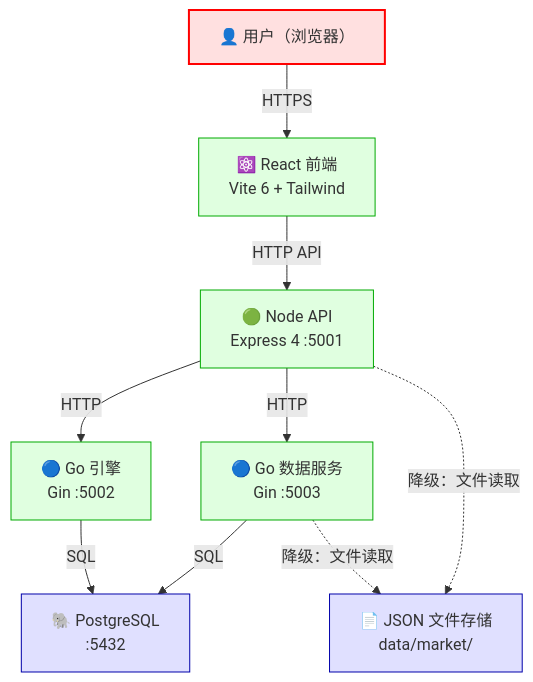
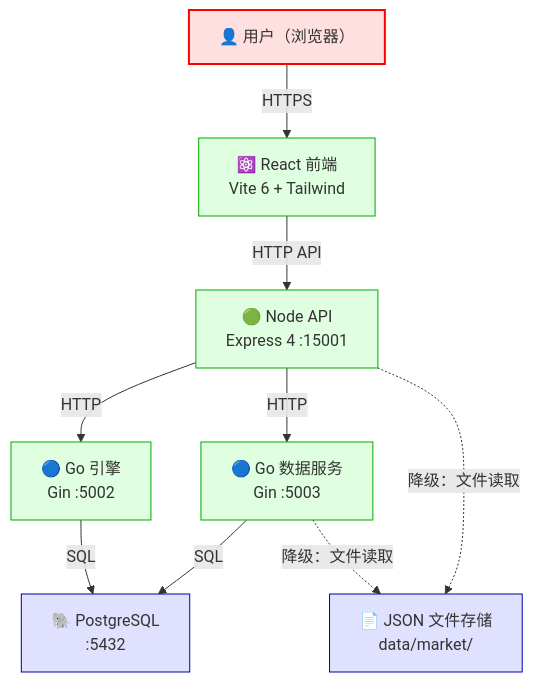
One commit to FCFColin/backtest-platform changed the diagram in docs/threat-model.md. Above: the diagram before and after it, drawn with Mermaid. The commit also changed other lines of this file and 24 other files, not shown here.

````diff
--- a/docs/threat-model.md
+++ b/docs/threat-model.md
@@ -42,28 +42,28 @@
 ```mermaid
 graph TB
     User["👤 用户（浏览器）"]
     FE["⚛️ React 前端<br/>Vite 6 + Tailwind"]
-    API["🟢 Node API<br/>Express 4 :5001"]
+    API["🟢 Node API<br/>Express 4 :15001"]
     EngineGo["🔵 Go 引擎<br/>Gin :5002"]
     DataService["🔵 Go 数据服务<br/>Gin :5003"]
     PG["🐘 PostgreSQL<br/>:5432"]
     JSON["📄 JSON 文件存储<br/>data/market/"]
 
     User -->|HTTPS| FE
     FE -->|HTTP API| API
     API -->|HTTP| EngineGo
     API -->|HTTP| DataService
     EngineGo -->|SQL| PG
     DataService -->|SQL| PG
     DataService -.->|降级：文件读取| JSON
     API -.->|降级：文件读取| JSON
 
     %% 信任边界
     classDef boundary fill:#ffe0e0,stroke:#ff0000,stroke-width:2px
     classDef internal fill:#e0ffe0,stroke:#00aa00,stroke-width:1px
     classDef data fill:#e0e0ff,stroke:#0000aa,stroke-width:1px
 
     class User boundary
     class FE,API,EngineGo,DataService internal
     class PG,JSON data
 ```
````
